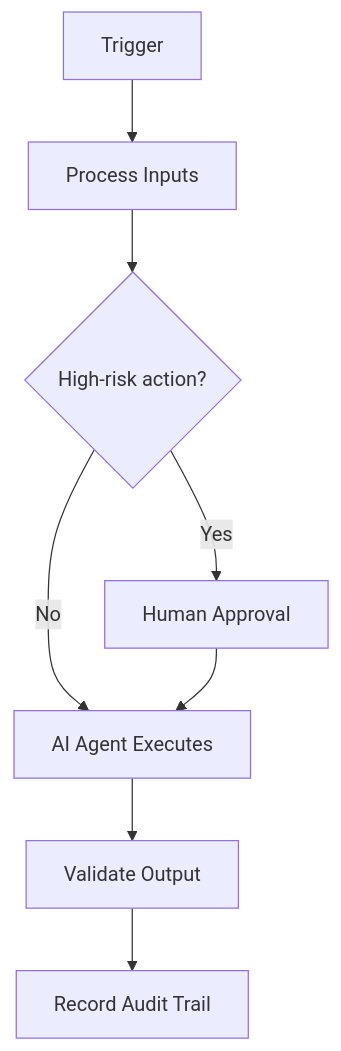
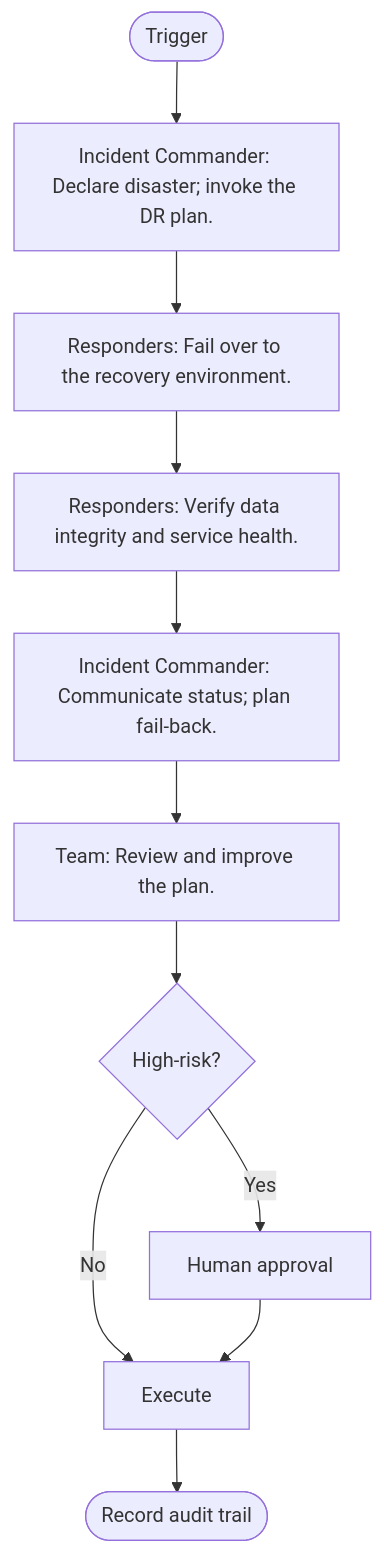
The diagram in 02_ARTEFACTS/PHASE_08_PLAYBOOKS/Cloud_And_DevOps/03_DISASTER_RECOVERY_PLAYBOOK.md (mypsbots/AI-Business-Operating-System), drawn with Mermaid before and after one commit. The commit also changed other lines of this file and 131 other files, not shown here.

````diff
--- a/02_ARTEFACTS/PHASE_08_PLAYBOOKS/Cloud_And_DevOps/03_DISASTER_RECOVERY_PLAYBOOK.md
+++ b/02_ARTEFACTS/PHASE_08_PLAYBOOKS/Cloud_And_DevOps/03_DISASTER_RECOVERY_PLAYBOOK.md
@@ -82,10 +94,17 @@
 ```mermaid
 flowchart TD
-    A[Trigger] --> B[Process Inputs]
-    B --> C{High-risk action?}
-    C -->|Yes| D[Human Approval]
-    C -->|No| E[AI Agent Executes]
-    D --> E
-    E --> F[Validate Output]
-    F --> G[Record Audit Trail]
+    S([Trigger]) --> A0
+    A0["Incident Commander: Declare disaster; invoke the DR plan."]
+    A1["Responders: Fail over to the recovery environment."]
+    A0 --> A1
+    A2["Responders: Verify data integrity and service health."]
+    A1 --> A2
+    A3["Incident Commander: Communicate status; plan fail-back."]
+    A2 --> A3
+    A4["Team: Review and improve the plan."]
+    A3 --> A4
+    A4 --> D{High-risk?}
+    D -->|Yes| H[Human approval]
+    D -->|No| E[Execute]
+    H --> E --> R([Record audit trail])
 ```
````
